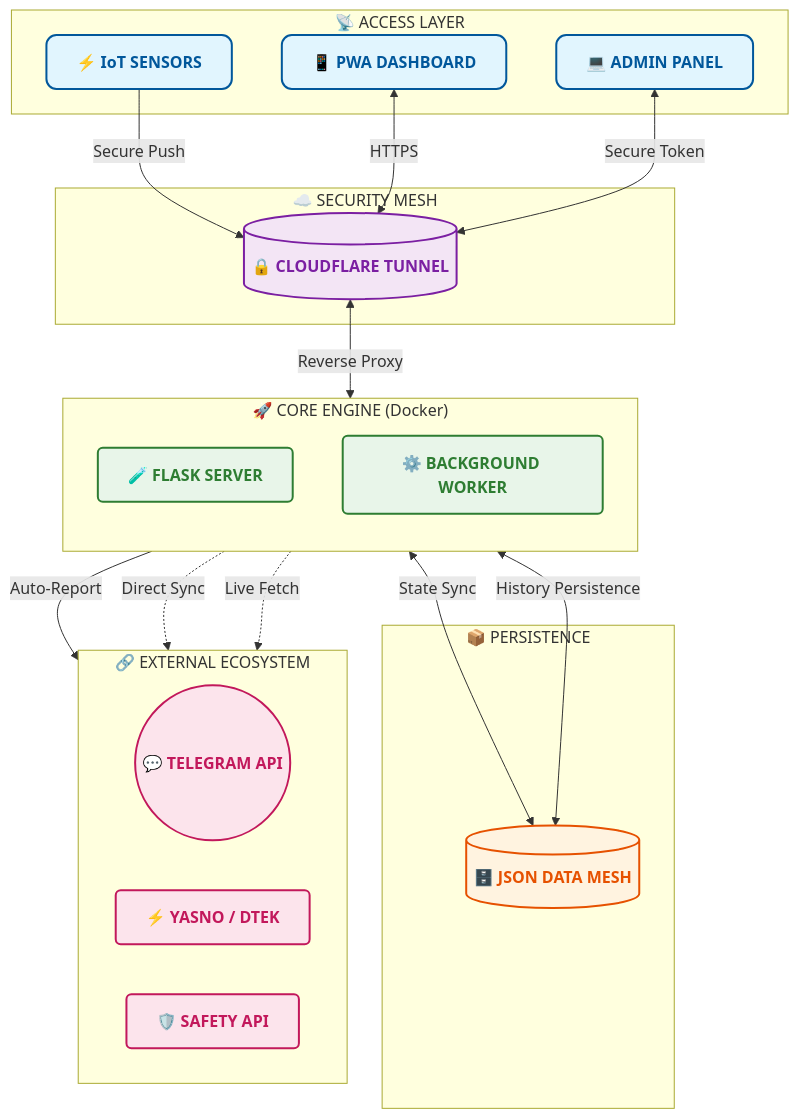
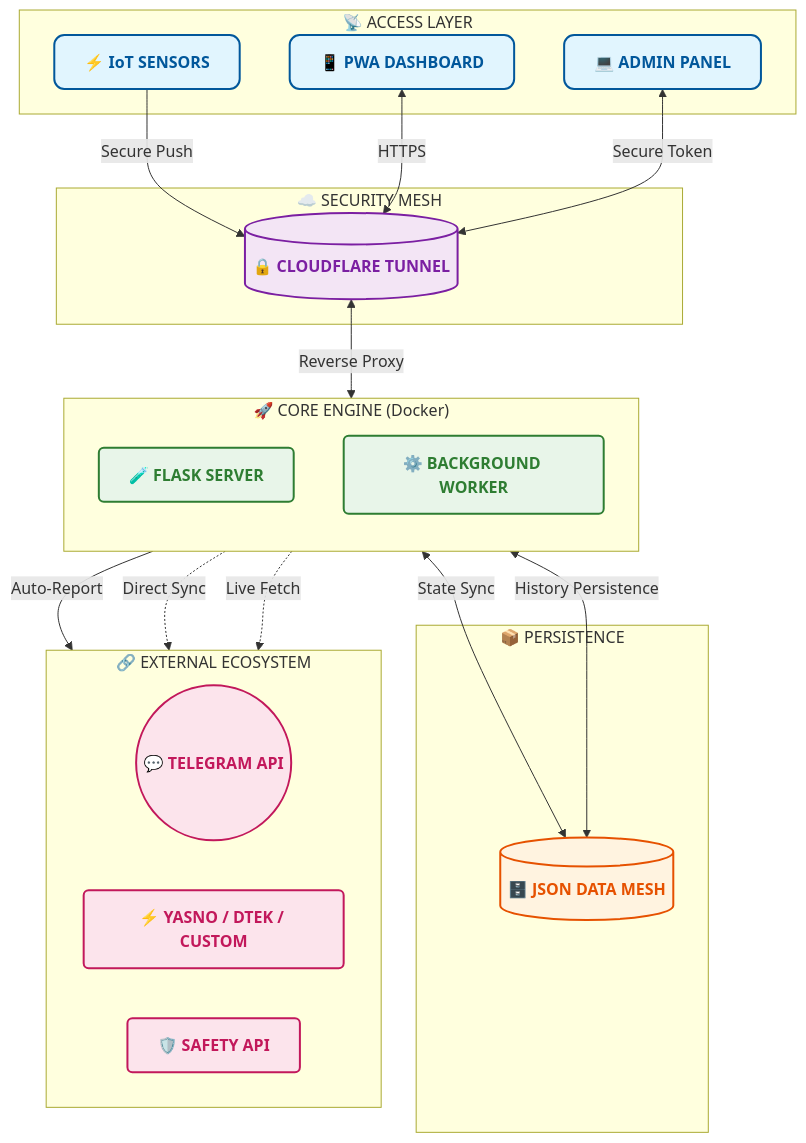
Before and after one commit to weby-homelab/flash-monitor-kyiv: the diagram in README.md, drawn with Mermaid. The commit also changed other lines of this file and 1 other file, not shown here.

````diff
--- a/README.md
+++ b/README.md
@@ -95,52 +84,51 @@
 ```mermaid
 flowchart TD
-    %% -- Style Definitions --
     classDef access fill:#e1f5fe,stroke:#01579b,stroke-width:2px,color:#01579b,rx:10,ry:10
     classDef network fill:#f3e5f5,stroke:#7b1fa2,stroke-width:2px,color:#7b1fa2,rx:5,ry:5
     classDef core fill:#e8f5e9,stroke:#2e7d32,stroke-width:2px,color:#2e7d32,rx:5,ry:5
     classDef storage fill:#fff3e0,stroke:#e65100,stroke-width:2px,color:#e65100,rx:10,ry:10
     classDef external fill:#fce4ec,stroke:#c2185b,stroke-width:2px,color:#c2185b,rx:5,ry:5
 
     subgraph Access ["📡 ACCESS LAYER"]
         IoT["⚡ <b>IoT SENSORS</b>"]
         PWA["📱 <b>PWA DASHBOARD</b>"]
         ADM["💻 <b>ADMIN PANEL</b>"]
     end
 
     subgraph Network ["☁️ SECURITY MESH"]
         CF[("🔒 <b>CLOUDFLARE TUNNEL</b>")]
     end
 
     subgraph Core ["🚀 CORE ENGINE (Docker)"]
         direction TB
         WEB["🧪 <b>FLASK SERVER</b>"]
         WORKER["⚙️ <b>BACKGROUND WORKER</b>"]
     end
 
     subgraph Storage ["📦 PERSISTENCE"]
         JSON[("🗄️ <b>JSON DATA MESH</b>")]
     end
 
     subgraph Integration ["🔗 EXTERNAL ECOSYSTEM"]
         direction LR
         TG(("💬 <b>TELEGRAM API</b>"))
-        DTEK["⚡ <b>YASNO / DTEK</b>"]
+        DTEK["⚡ <b>YASNO / DTEK / CUSTOM</b>"]
         SAFE["🛡️ <b>SAFETY API</b>"]
     end
 
     IoT -->|Secure Push| CF
     PWA <-->|HTTPS| CF
     ADM <-->|Secure Token| CF
     CF <-->|Reverse Proxy| WEB
     WEB <-->|State Sync| JSON
     WORKER <-->|History Persistence| JSON
     WORKER -->|Auto-Report| TG
     WORKER -.->|Direct Sync| DTEK
     WEB -.->|Live Fetch| SAFE
 
     class IoT,PWA,ADM access
     class CF network
     class WEB,WORKER core
     class JSON storage
     class TG,DTEK,SAFE external
 ```
````
